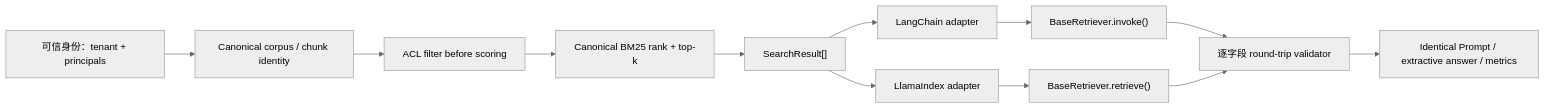
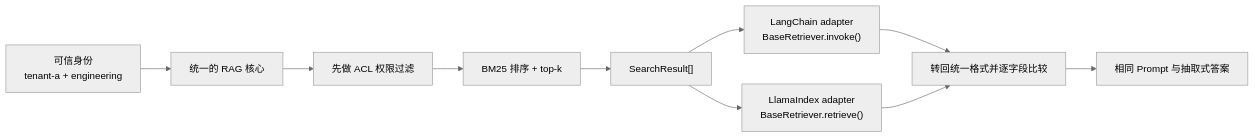
The diagram in docs/practice/projects/rag-framework-adapters.md (NightLemon/about-llm), drawn with Mermaid (neutral theme) before and after one commit. The commit also changed other lines of this file, not shown here.

Commit message:
docs: trace one rag request across framework adapters

````diff
--- a/docs/practice/projects/rag-framework-adapters.md
+++ b/docs/practice/projects/rag-framework-adapters.md
@@ -26,14 +38,12 @@
 ```mermaid
 flowchart LR
-    I["可信身份：tenant + principals"] --> C["Canonical corpus / chunk identity"]
-    C --> A["ACL filter before scoring"]
-    A --> R["Canonical BM25 rank + top-k"]
-    R --> S["SearchResult[]"]
-    S --> LCA["LangChain adapter"]
-    S --> LIA["LlamaIndex adapter"]
-    LCA --> LCR["BaseRetriever.invoke()"]
-    LIA --> LIR["BaseRetriever.retrieve()"]
-    LCR --> V["逐字段 round-trip validator"]
-    LIR --> V
-    V --> P["Identical Prompt / extractive answer / metrics"]
+    I["可信身份<br/>tenant-a + engineering"] --> C["统一的 RAG 核心"]
+    C --> A["先做 ACL 权限过滤"]
+    A --> B["BM25 排序 + top-k"]
+    B --> R["SearchResult[]"]
+    R --> LC["LangChain adapter<br/>BaseRetriever.invoke()"]
+    R --> LI["LlamaIndex adapter<br/>BaseRetriever.retrieve()"]
+    LC --> V["转回统一格式并逐字段比较"]
+    LI --> V
+    V --> P["相同 Prompt 与抽取式答案"]
 ```
````
